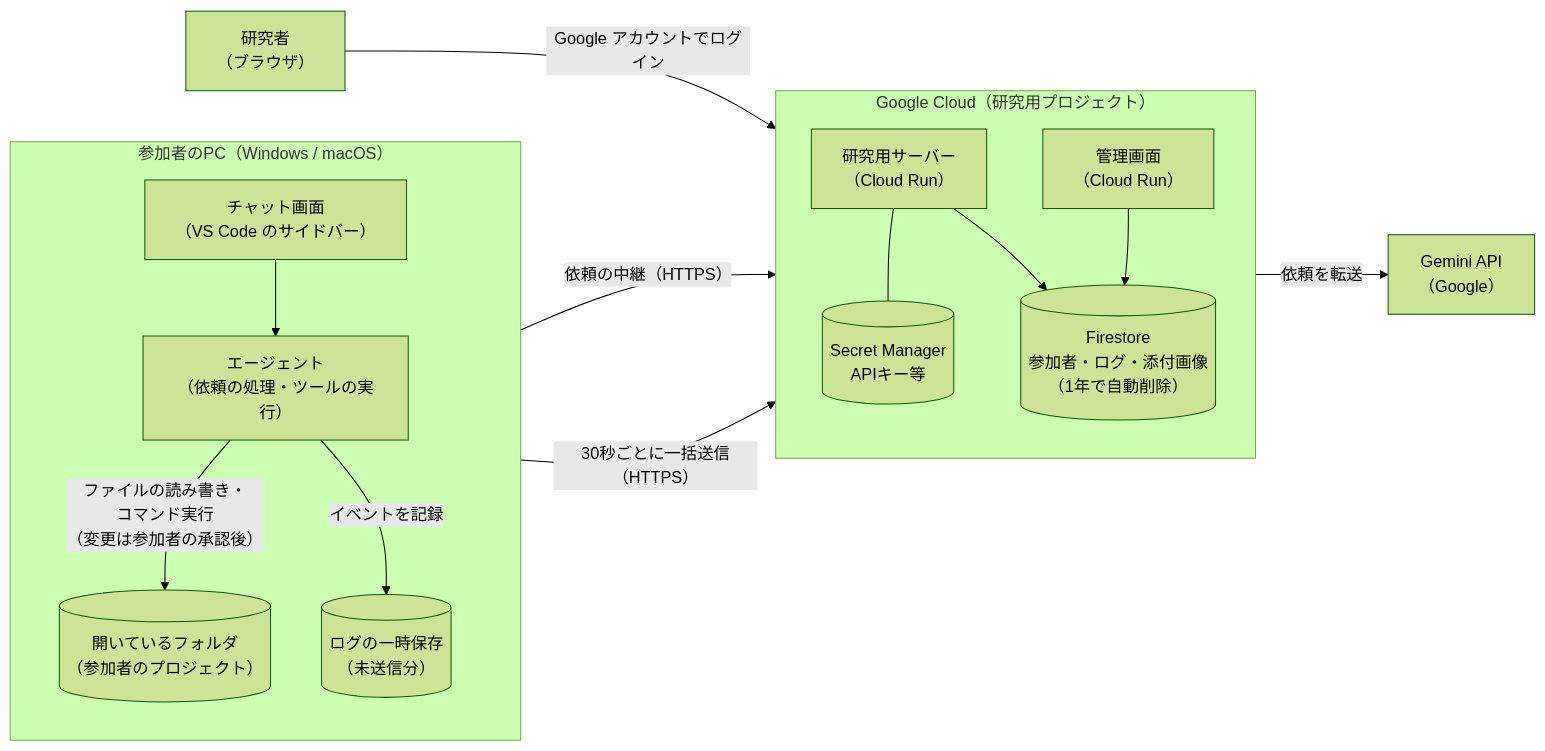
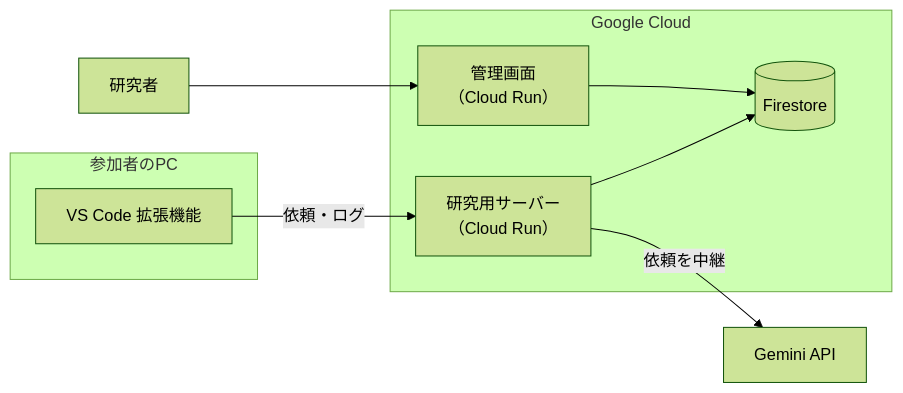
One commit to Keita062/Research-LLM changed the diagram in README.md. Above: the diagram before and after it, drawn with Mermaid (forest theme). The commit also changed other lines of this file, not shown here.

````diff
--- a/README.md
+++ b/README.md
@@ -84,32 +38,19 @@
 ```mermaid
 flowchart LR
-  subgraph PC["参加者のPC（Windows / macOS）"]
-    direction TB
-    UI["チャット画面<br/>（VS Code のサイドバー）"]
-    AG["エージェント<br/>（依頼の処理・ツールの実行）"]
-    WS[("開いているフォルダ<br/>（参加者のプロジェクト）")]
-    BUF[("ログの一時保存<br/>（未送信分）")]
-    UI --> AG
-    AG -- "ファイルの読み書き・<br/>コマンド実行<br/>（変更は参加者の承認後）" --> WS
-    AG -- "イベントを記録" --> BUF
+  subgraph PC["参加者のPC"]
+    EXT["VS Code 拡張機能"]
   end
-
-  subgraph GCP["Google Cloud（研究用プロジェクト）"]
-    direction TB
+  subgraph GCP["Google Cloud"]
     API["研究用サーバー<br/>（Cloud Run）"]
     ADM["管理画面<br/>（Cloud Run）"]
-    SEC[("Secret Manager<br/>APIキー等")]
-    DB[("Firestore<br/>参加者・ログ・添付画像<br/>（1年で自動削除）")]
-    API --- SEC
+    DB[("Firestore")]
     API --> DB
     ADM --> DB
   end
+  GEM["Gemini API"]
+  RES["研究者"]
 
-  GEM["Gemini API<br/>（Google）"]
-  RES["研究者<br/>（ブラウザ）"]
-
-  AG -- "依頼の中継（HTTPS）" --> API
-  BUF -- "30秒ごとに一括送信（HTTPS）" --> API
-  API -- "依頼を転送" --> GEM
-  RES -- "Google アカウントでログイン" --> ADM
+  EXT -- "依頼・ログ" --> API
+  API -- "依頼を中継" --> GEM
+  RES --> ADM
 ```
````
